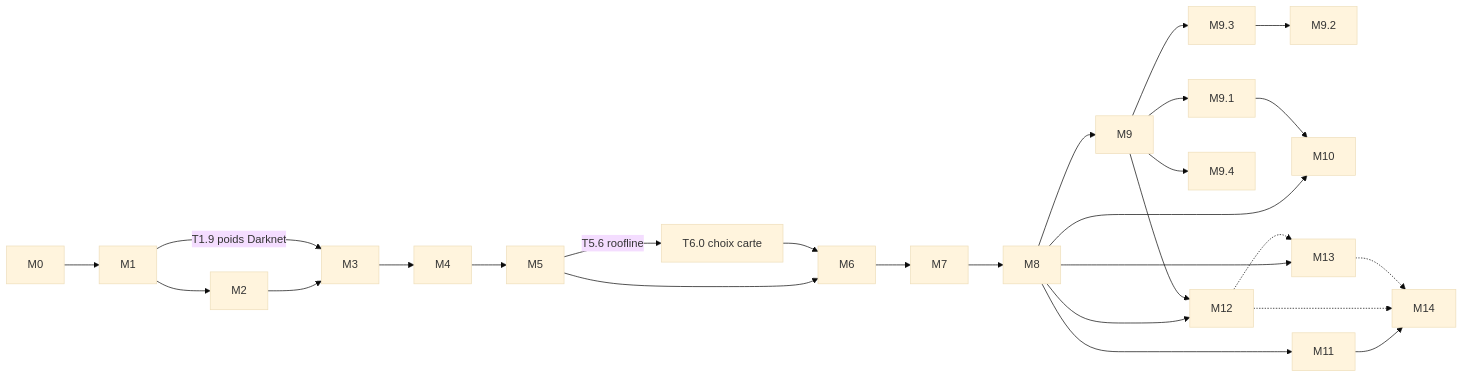
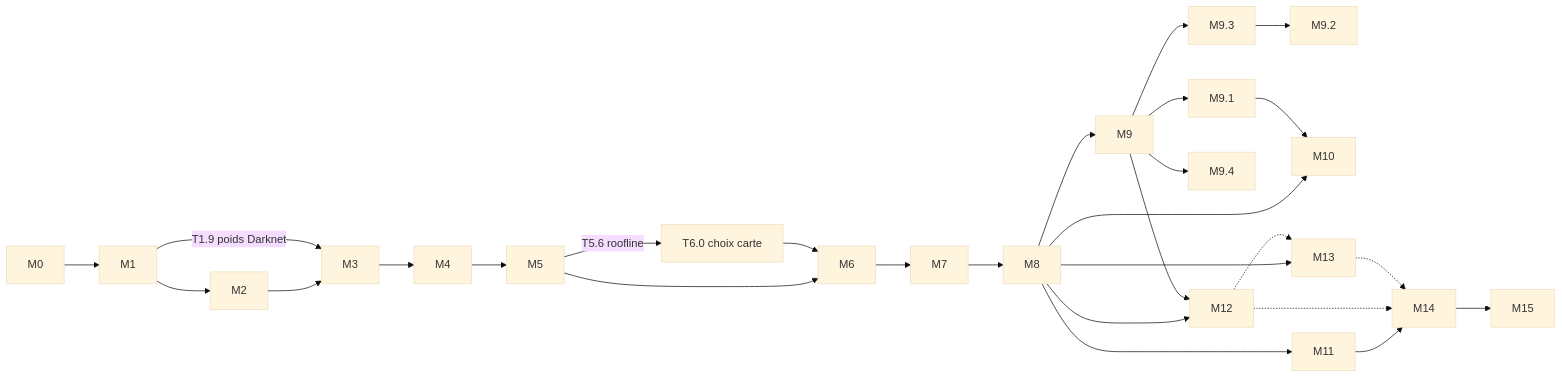
Before and after one commit to lrivals/EmbeddedComputervision: the diagram in docs/tasks/README.md, drawn with Mermaid (base theme). The commit also changed other lines of this file and 3 other files, not shown here.

````diff
--- a/docs/tasks/README.md
+++ b/docs/tasks/README.md
@@ -35,20 +36,21 @@
 ```mermaid
 graph LR
   M0 --> M1 --> M2 --> M3
   M1 -- "T1.9 poids Darknet" --> M3
   M3 --> M4 --> M5 --> M6 --> M7 --> M8
   M5 -- "T5.6 roofline" --> T60["T6.0 choix carte"] --> M6
   M8 --> M9
   M9 --> M91[M9.1] & M93[M9.3] & M94[M9.4]
   M93 --> M92[M9.2]
   M8 --> M10[M10]
   M91 --> M10
   M8 --> M11[M11]
   M8 --> M12[M12]
   M9 --> M12
   M8 --> M13[M13]
   M12 -.-> M13
   M11 --> M14[M14]
   M12 -.-> M14
   M13 -.-> M14
+  M14 --> M15[M15]
 ```
````
